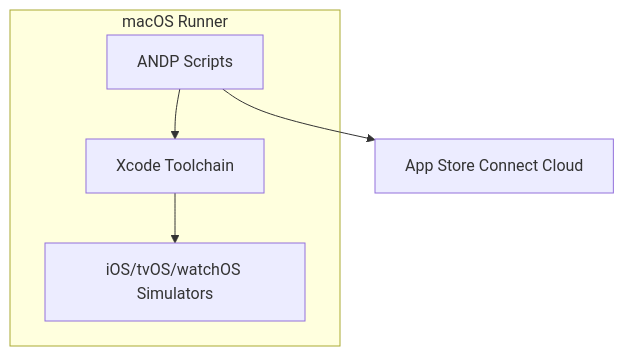
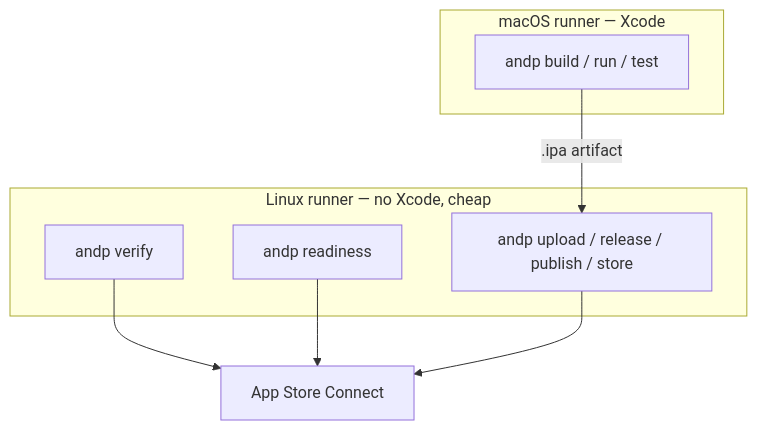
The seventh of 7 diagrams in Documentation/Architecture/Diagrams.md (isopen-io/andp), drawn with Mermaid before and after one commit. The commit also changed other lines of this file and 17 other files, not shown here.

````diff
--- a/Documentation/Architecture/Diagrams.md
+++ b/Documentation/Architecture/Diagrams.md
@@ -63,12 +192,15 @@
 ```mermaid
 graph TD
-    subgraph CI_Runner[macOS Runner]
-        ANDP_Scripts[ANDP Scripts]
-        Xcode[Xcode Toolchain]
-        Simulator[iOS/tvOS/watchOS Simulators]
+    subgraph linux["Linux runner — no Xcode, cheap"]
+        VER[andp verify]
+        RDY[andp readiness]
+        PUB[andp upload / release / publish / store]
     end
-
-    ANDP_Scripts --> Xcode
-    Xcode --> Simulator
-    ANDP_Scripts --> ASC_Cloud[App Store Connect Cloud]
+    subgraph mac["macOS runner — Xcode"]
+        BLD[andp build / run / test]
+    end
+    BLD -->|.ipa artifact| PUB
+    VER --> S[App Store Connect]
+    RDY --> S
+    PUB --> S
 ```
````
